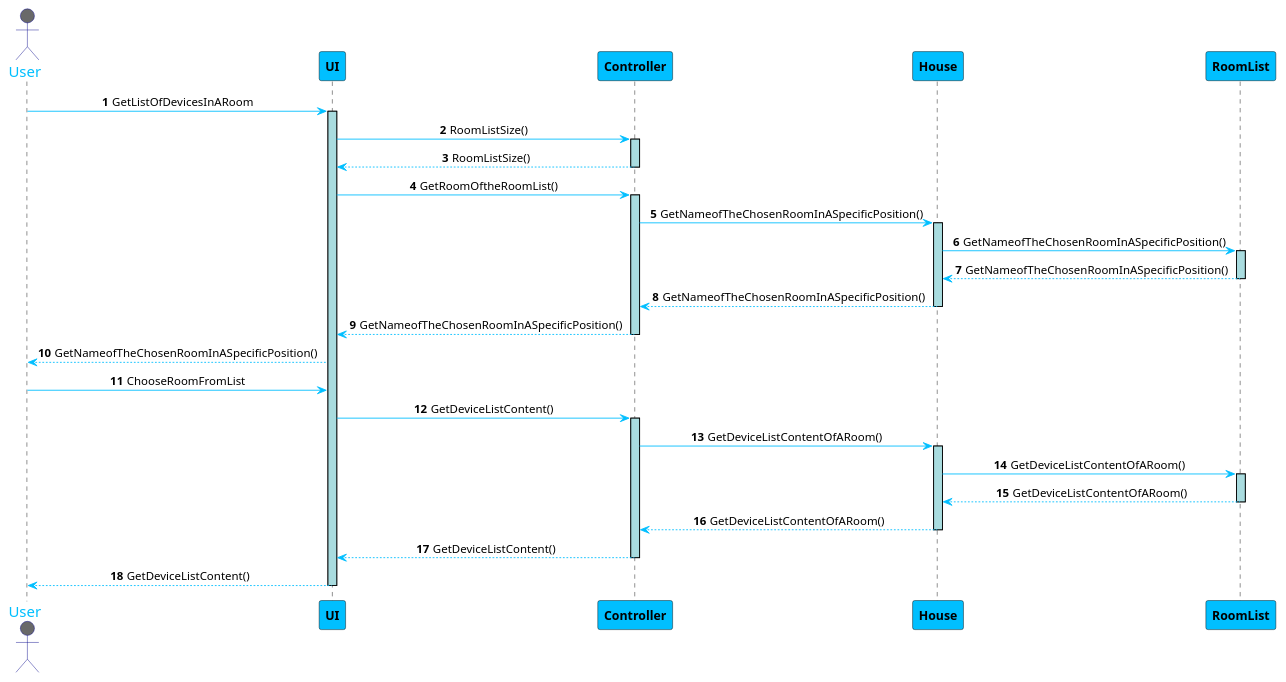
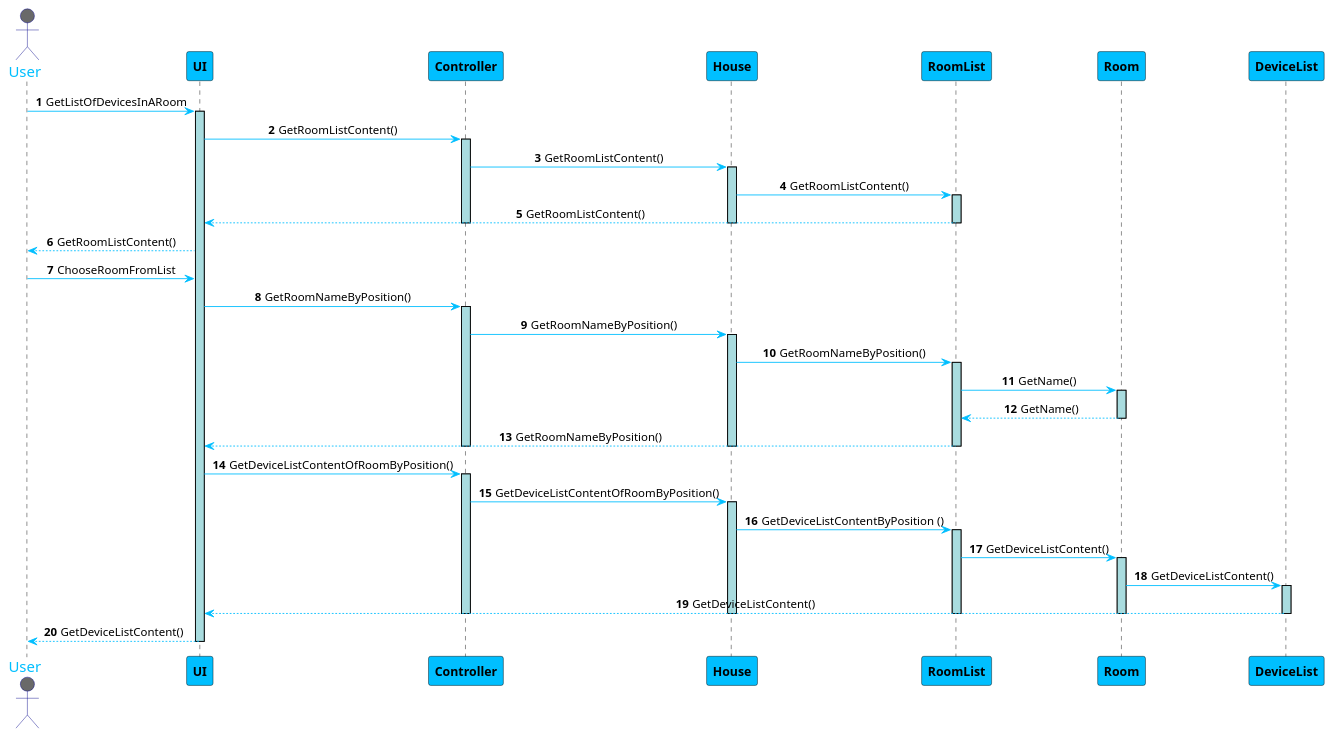
One commit to 1181687/hateoasToy changed the diagram in src/Docs/GetListOfDevicesRoom.puml. Above: the diagram before and after it, drawn with PlantUML. The commit also changed 21 other files, not shown here.

Commit message:
addresses #67 Changes to UI, Sequence Diagram and method getRoomContent, and names of methods getRoomNameByPosition

```diff
--- a/src/Docs/GetListOfDevicesRoom.puml
+++ b/src/Docs/GetListOfDevicesRoom.puml
@@ -1,58 +1,71 @@
 @startuml
 skinparam sequenceMessageAlign center
 skinparam sequence {
 	ArrowColor DeepSkyBlue
 	ActorBorderColor DarkBlue
 	LifeLineBorderColor black
 	LifeLineBackgroundColor #A9DCDF
 
 	ParticipantBorderColor Black
 	ParticipantBackgroundColor DeepSkyBlue
 	ParticipantFontStyle Bold
 
 	ActorBackgroundColor DimGrey
 	ActorFontColor DeepSkyBlue
 	ActorFontSize 17
 	ActorFontName Aapex
 }
 
 autonumber
 actor User
 User -> UI: GetListOfDevicesInARoom
 activate UI
-UI -> Controller: RoomListSize()
+
+UI -> Controller: GetRoomListContent()
 activate Controller
-UI <-- Controller: RoomListSize()
+Controller -> House: GetRoomListContent()
+activate House
+House -> RoomList: GetRoomListContent()
+activate RoomList
+UI <-- RoomList: GetRoomListContent()
+deactivate RoomList
+deactivate House
 deactivate Controller
-UI -> Controller: GetRoomOftheRoomList()
-activate Controller
-Controller -> House: GetNameofTheChosenRoomInASpecificPosition()
-activate House
-House -> RoomList: GetNameofTheChosenRoomInASpecificPosition()
-activate RoomList
-House <-- RoomList: GetNameofTheChosenRoomInASpecificPosition()
-deactivate RoomList
-Controller <-- House: GetNameofTheChosenRoomInASpecificPosition()
-deactivate House
-UI <-- Controller: GetNameofTheChosenRoomInASpecificPosition()
-deactivate Controller
-User <-- UI: GetNameofTheChosenRoomInASpecificPosition()
+User <-- UI: GetRoomListContent()
+
+
 
 User -> UI: ChooseRoomFromList
-UI -> Controller: GetDeviceListContent()
+UI -> Controller: GetRoomNameByPosition()
 activate Controller
-Controller -> House: GetDeviceListContentOfARoom()
+Controller -> House: GetRoomNameByPosition()
 activate House
-House -> RoomList: GetDeviceListContentOfARoom()
+House -> RoomList: GetRoomNameByPosition()
 activate RoomList
-House <-- RoomList: GetDeviceListContentOfARoom()
+RoomList -> Room: GetName()
+activate Room
+RoomList <-- Room: GetName()
+deactivate Room
+UI <-- RoomList: GetRoomNameByPosition()
 deactivate RoomList
-Controller <-- House: GetDeviceListContentOfARoom()
 deactivate House
-UI <-- Controller: GetDeviceListContent()
+deactivate Controller
+UI -> Controller: GetDeviceListContentOfRoomByPosition()
+activate Controller
+Controller -> House: GetDeviceListContentOfRoomByPosition()
+activate House
+House -> RoomList: GetDeviceListContentByPosition ()
+activate RoomList
+RoomList -> Room: GetDeviceListContent()
+activate Room
+Room -> DeviceList: GetDeviceListContent()
+activate DeviceList
+UI <-- DeviceList: GetDeviceListContent()
+deactivate DeviceList
+deactivate Room
+deactivate RoomList
+deactivate House
 deactivate Controller
 User <-- UI: GetDeviceListContent()
 deactivate UI
-
-
 @enduml
```
